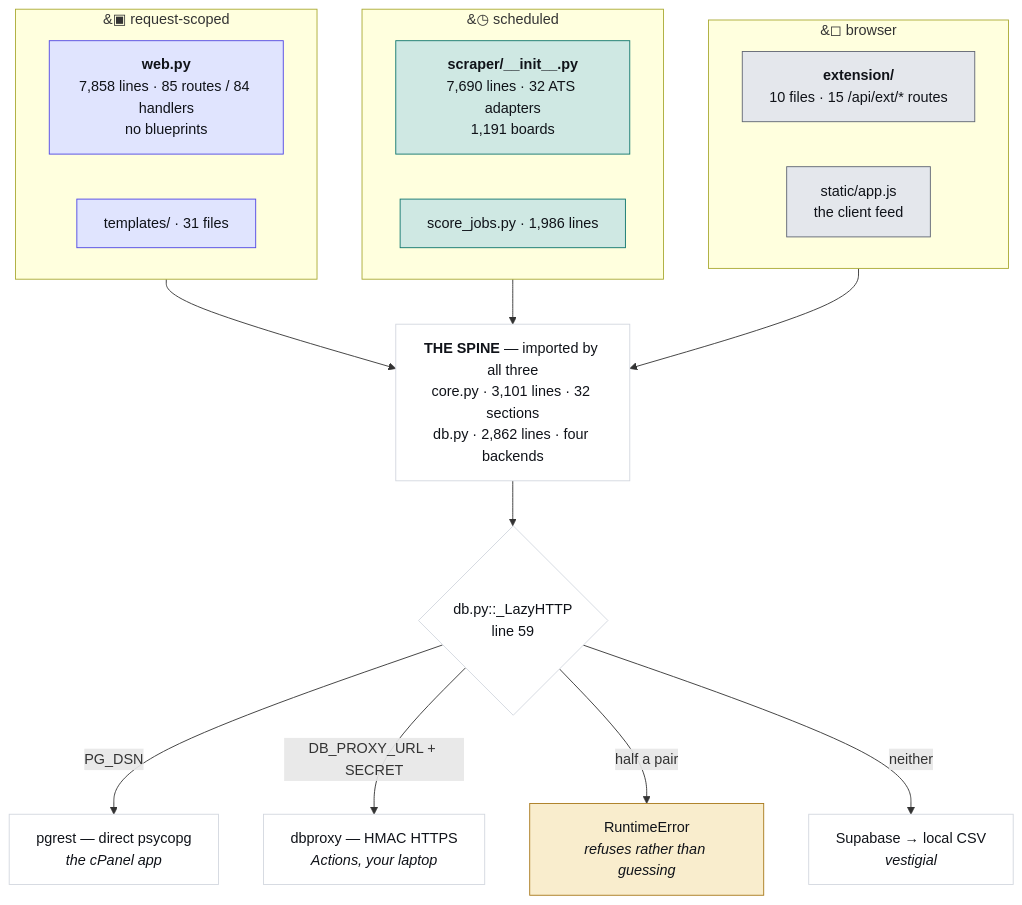
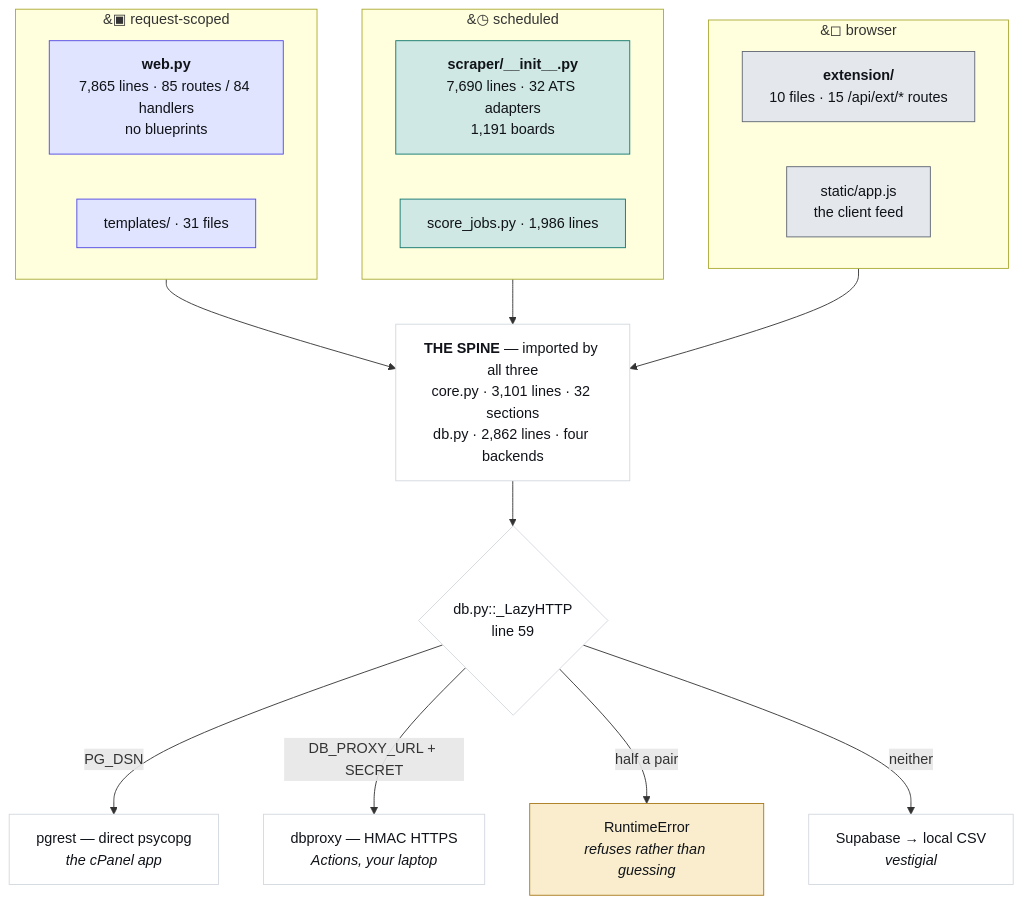
Before and after one commit to hadakunal909-debug/job-search-tool: the first of 4 diagrams in JobMatch Scraper/docs/ARCHITECTURE.md, drawn with Mermaid. The commit also changed other lines of this file and 7 other files, not shown here.

````diff
--- a/JobMatch Scraper/docs/ARCHITECTURE.md
+++ b/JobMatch Scraper/docs/ARCHITECTURE.md
@@ -45,34 +45,34 @@
 ```mermaid
 flowchart TB
   subgraph REQ["&#9635; request-scoped"]
-    W["<b>web.py</b><br/>7,858 lines · 85 routes / 84 handlers<br/>no blueprints"]
+    W["<b>web.py</b><br/>7,865 lines · 85 routes / 84 handlers<br/>no blueprints"]
     T["templates/ · 31 files"]
   end
   subgraph SCH["&#9719; scheduled"]
     S["<b>scraper/__init__.py</b><br/>7,690 lines · 32 ATS adapters<br/>1,191 boards"]
     J["score_jobs.py · 1,986 lines"]
   end
   subgraph CLI["&#9723; browser"]
     E["<b>extension/</b><br/>10 files · 15 /api/ext/* routes"]
     A["static/app.js<br/>the client feed"]
   end
   SPINE["<b>THE SPINE</b> — imported by all three<br/>core.py · 3,101 lines · 32 sections<br/>db.py · 2,862 lines · four backends"]
   REQ --> SPINE
   SCH --> SPINE
   CLI --> SPINE
   SPINE --> D{"db.py::_LazyHTTP<br/>line 59"}
   D -->|"PG_DSN"| P["pgrest — direct psycopg<br/><i>the cPanel app</i>"]
   D -->|"DB_PROXY_URL + SECRET"| X["dbproxy — HMAC HTTPS<br/><i>Actions, your laptop</i>"]
   D -->|"half a pair"| R["RuntimeError<br/><i>refuses rather than guessing</i>"]
   D -->|"neither"| V["Supabase → local CSV<br/><i>vestigial</i>"]
   classDef web fill:#e0e4fe,stroke:#4f46e5,color:#101319
   classDef sched fill:#cfe8e3,stroke:#0f766e,color:#101319
   classDef client fill:#e4e7ec,stroke:#5f6573,color:#101319
   classDef trap fill:#f9edcd,stroke:#a8781a,color:#101319
   classDef plain fill:#ffffff,stroke:#d3d7df,color:#101319
   class W,T web
   class S,J sched
   class E,A client
   class R trap
   class SPINE,D,P,X,V plain
 ```
````
